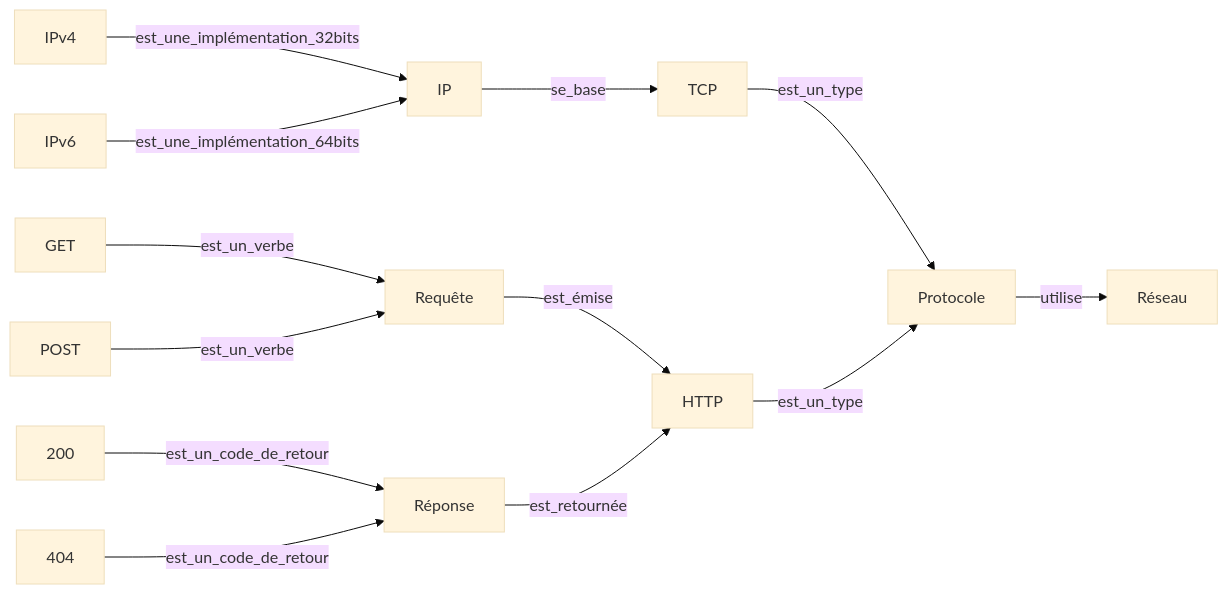
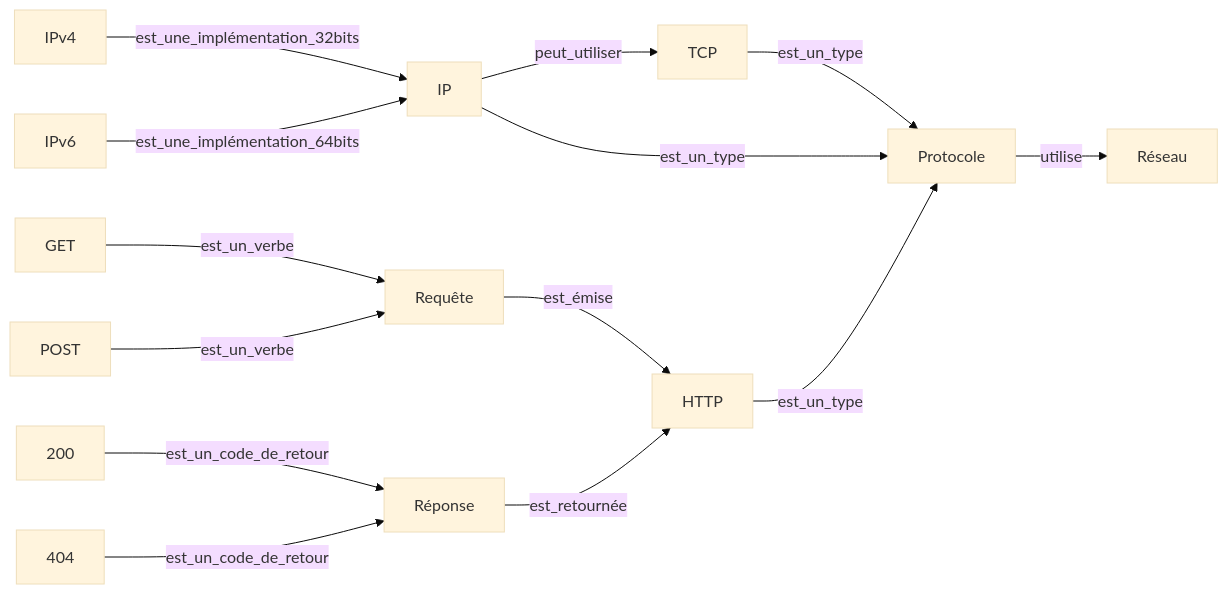
The diagram in markdown/mermaid_v2_sub.md (LavederMark-Ylann/SEC201), drawn with Mermaid (base theme) before and after one commit. The commit also changed 8 other files, not shown here.

````diff
--- a/markdown/mermaid_v2_sub.md
+++ b/markdown/mermaid_v2_sub.md
@@ -1,16 +1,17 @@
 ```mermaid
 graph LR
     Protocole -- utilise --> Réseau
     TCP -- est_un_type --> Protocole
-    IP -- se_base --> TCP
+    IP -- peut_utiliser --> TCP
+    IP -- est_un_type --> Protocole
     IPv4 -- est_une_implémentation_32bits --> IP
     IPv6 -- est_une_implémentation_64bits --> IP
     HTTP -- est_un_type --> Protocole
     Requête -- est_émise --> HTTP
     GET -- est_un_verbe --> Requête
     POST -- est_un_verbe --> Requête
     Réponse -- est_retournée --> HTTP
     200 -- est_un_code_de_retour --> Réponse
     404 -- est_un_code_de_retour --> Réponse
 
 ```
````
